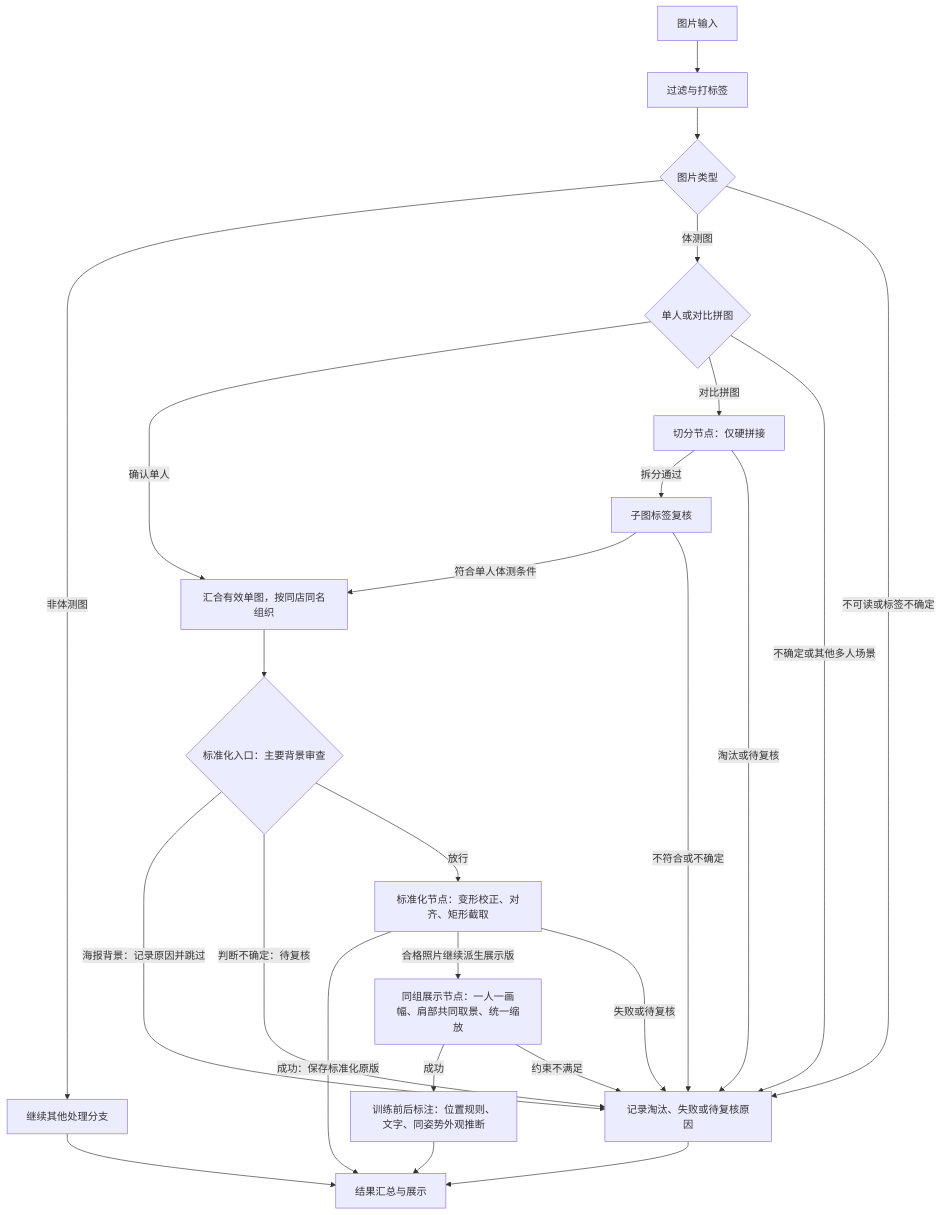
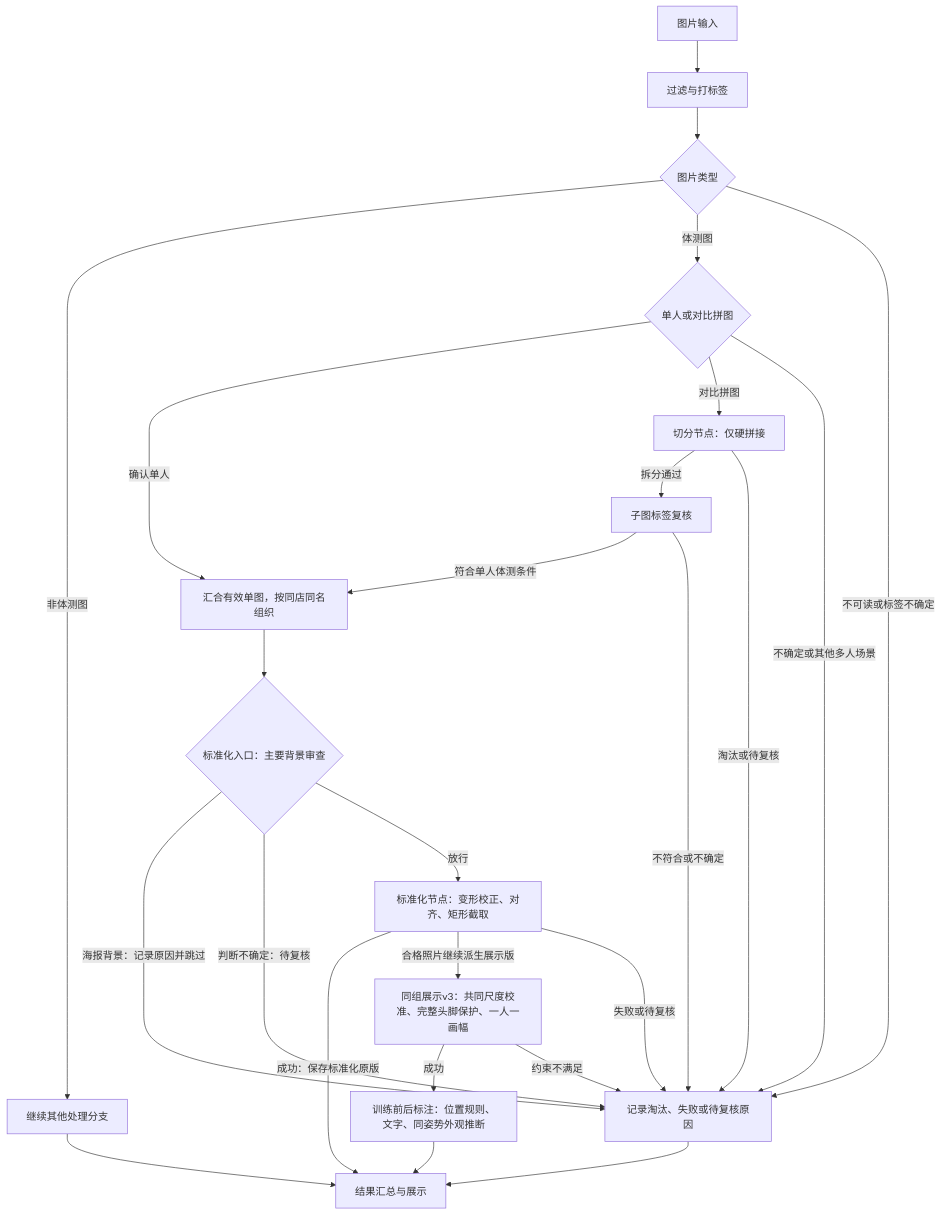
One commit to zmdo/smart-pos changed the diagram in docs/workflows/body-scan-processing.md. Above: the diagram before and after it, drawn with Mermaid. The commit also changed other lines of this file and 64 other files, not shown here.

````diff
--- a/docs/workflows/body-scan-processing.md
+++ b/docs/workflows/body-scan-processing.md
@@ -24,27 +24,27 @@
 ```mermaid
 flowchart TD
     A[图片输入] --> B[过滤与打标签]
     B --> C{图片类型}
     C -->|非体测图| O[继续其他处理分支]
     C -->|体测图| D{单人或对比拼图}
     C -->|不可读或标签不确定| X[记录淘汰、失败或待复核原因]
     D -->|确认单人| M[汇合有效单图，按同店同名组织]
     D -->|对比拼图| P[切分节点：仅硬拼接]
     D -->|不确定或其他多人场景| X
     P -->|拆分通过| F[子图标签复核]
     P -->|淘汰或待复核| X
     F -->|符合单人体测条件| M
     F -->|不符合或不确定| X
     M --> BGS{标准化入口：主要背景审查}
     BGS -->|海报背景：记录原因并跳过| X
     BGS -->|判断不确定：待复核| X
     BGS -->|放行| S[标准化节点：变形校正、对齐、矩形截取]
     S -->|成功：保存标准化原版| R[结果汇总与展示]
-    S -->|合格照片继续派生展示版| G[同组展示节点：一人一画幅、肩部共同取景、统一缩放]
+    S -->|合格照片继续派生展示版| G[同组展示v3：共同尺度校准、完整头脚保护、一人一画幅]
     G -->|成功| PH[训练前后标注：位置规则、文字、同姿势外观推断]
     PH --> R
     G -->|约束不满足| X
     S -->|失败或待复核| X
     O --> R
     X --> R
 ```
````
